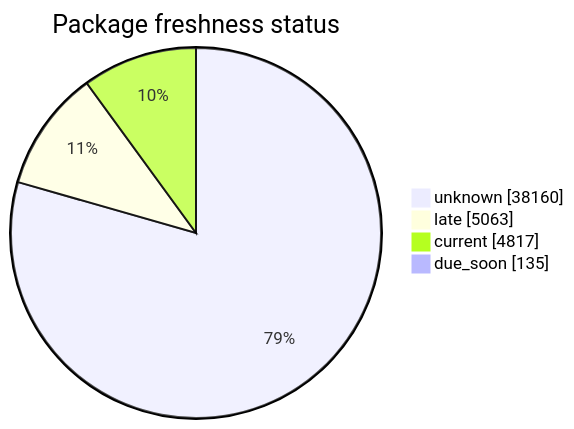
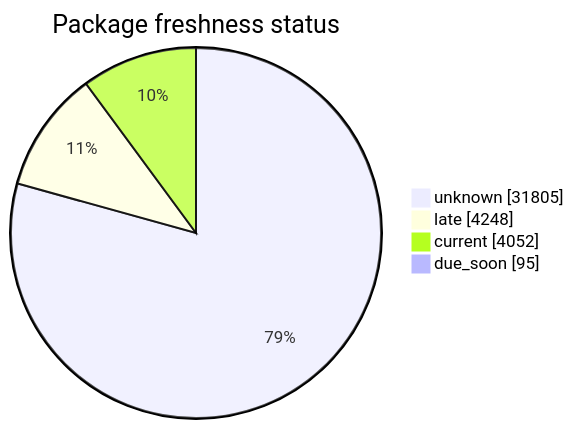
Before and after one commit to open-data/analytics-corporate-reporting: the second of 5 diagrams in FreshCheck/README.md, drawn with Mermaid. The commit also changed other lines of this file and 3 other files, not shown here.

````diff
--- a/FreshCheck/README.md
+++ b/FreshCheck/README.md
@@ -68,7 +68,7 @@
 ```mermaid
 pie showData title Package freshness status
-    "unknown": 38160
-    "late": 5063
-    "current": 4817
-    "due_soon": 135
+    "unknown": 31805
+    "late": 4248
+    "current": 4052
+    "due_soon": 95
 ```
````
